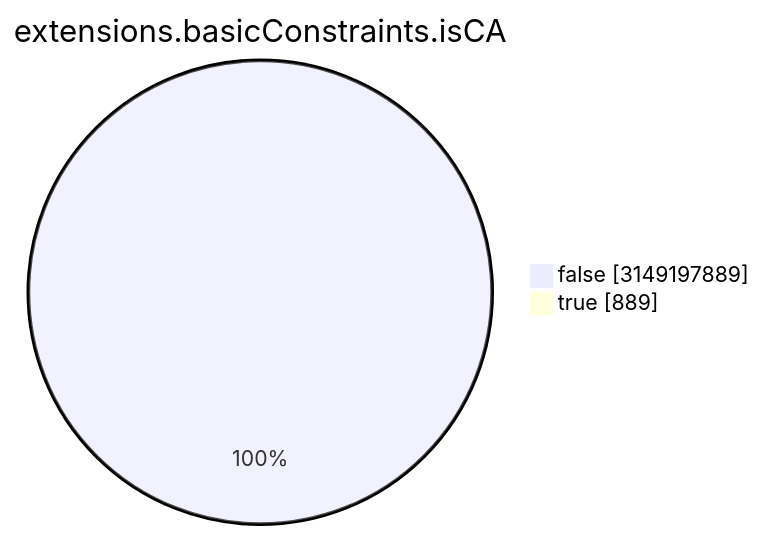
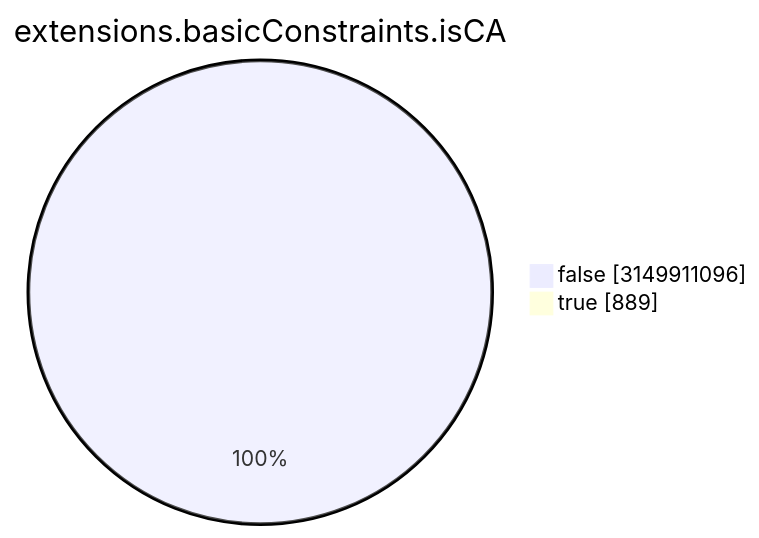
The seventh of 15 diagrams in TOTAL/README.md (christiankrug/ctmonitor_visualization), drawn with Mermaid before and after one commit. The commit also changed other lines of this file, not shown here.

````diff
--- a/TOTAL/README.md
+++ b/TOTAL/README.md
@@ -3088,6 +3088,6 @@
 ```mermaid
 pie showData
 title extensions.basicConstraints.isCA
-"false" :3149197889
+"false" :3149911096
 "true" :889
 ```
````
